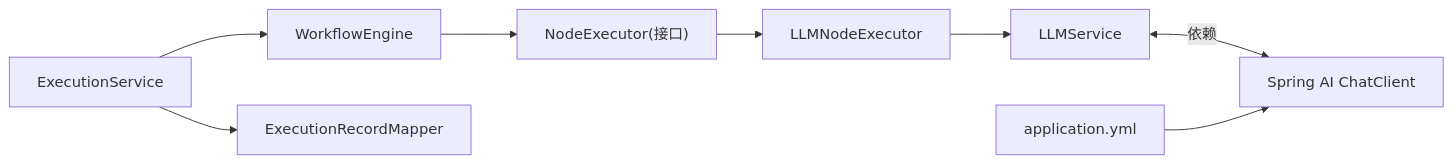
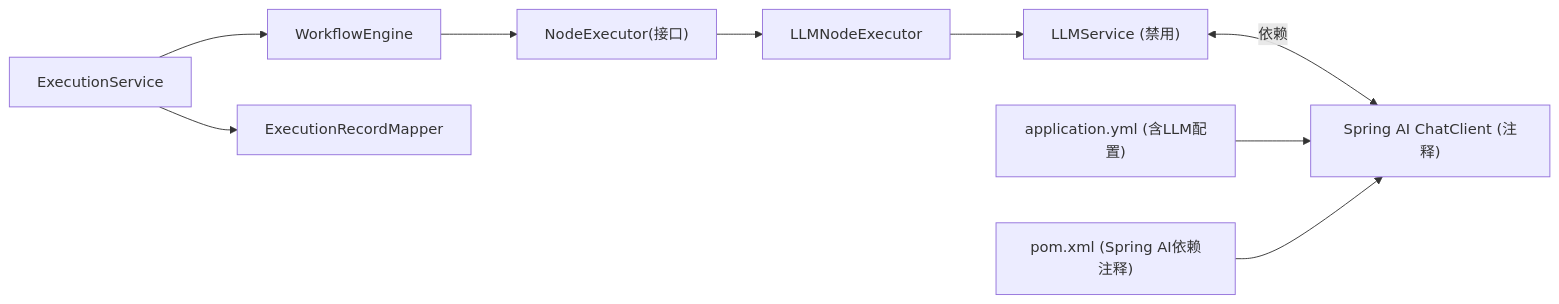
The eighth of 8 diagrams in .qoder/repowiki/zh/content/多LLM集成/LLM服务抽象层.md (cxz64323/bokagent), drawn with Mermaid before and after one commit. The commit also changed other lines of this file and 6 other files, not shown here.

````diff
--- a/.qoder/repowiki/zh/content/多LLM集成/LLM服务抽象层.md
+++ b/.qoder/repowiki/zh/content/多LLM集成/LLM服务抽象层.md
@@ -334,10 +349,11 @@
 ```mermaid
 graph LR
-LLM["LLMService"] <--依赖 --> SPRING_AI["Spring AI ChatClient"]
+LLM["LLMService (禁用)"] <--依赖 --> SPRING_AI["Spring AI ChatClient (注释)"]
 LLMNode["LLMNodeExecutor"] --> LLM
 WE["WorkflowEngine"] --> NE["NodeExecutor(接口)"]
 NE --> LLMNode
 ES["ExecutionService"] --> WE
 ES --> DB["ExecutionRecordMapper"]
-APP["application.yml"] --> SPRING_AI
+APP["application.yml (含LLM配置)"] --> SPRING_AI
+POM["pom.xml (Spring AI依赖注释)"] --> SPRING_AI
 ```
````
